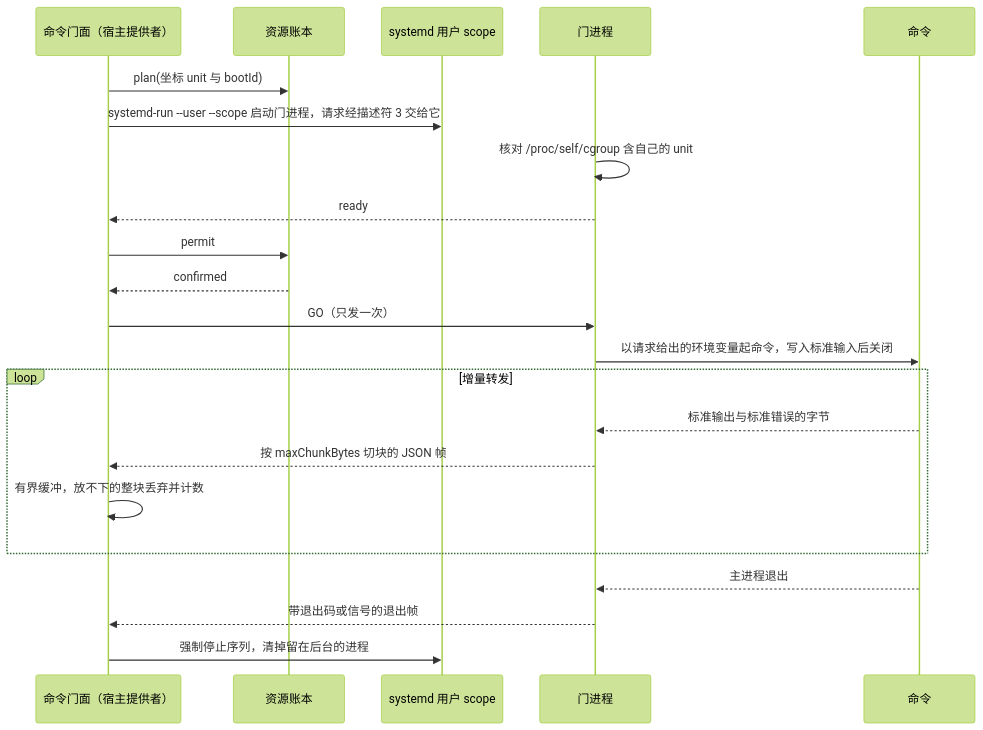
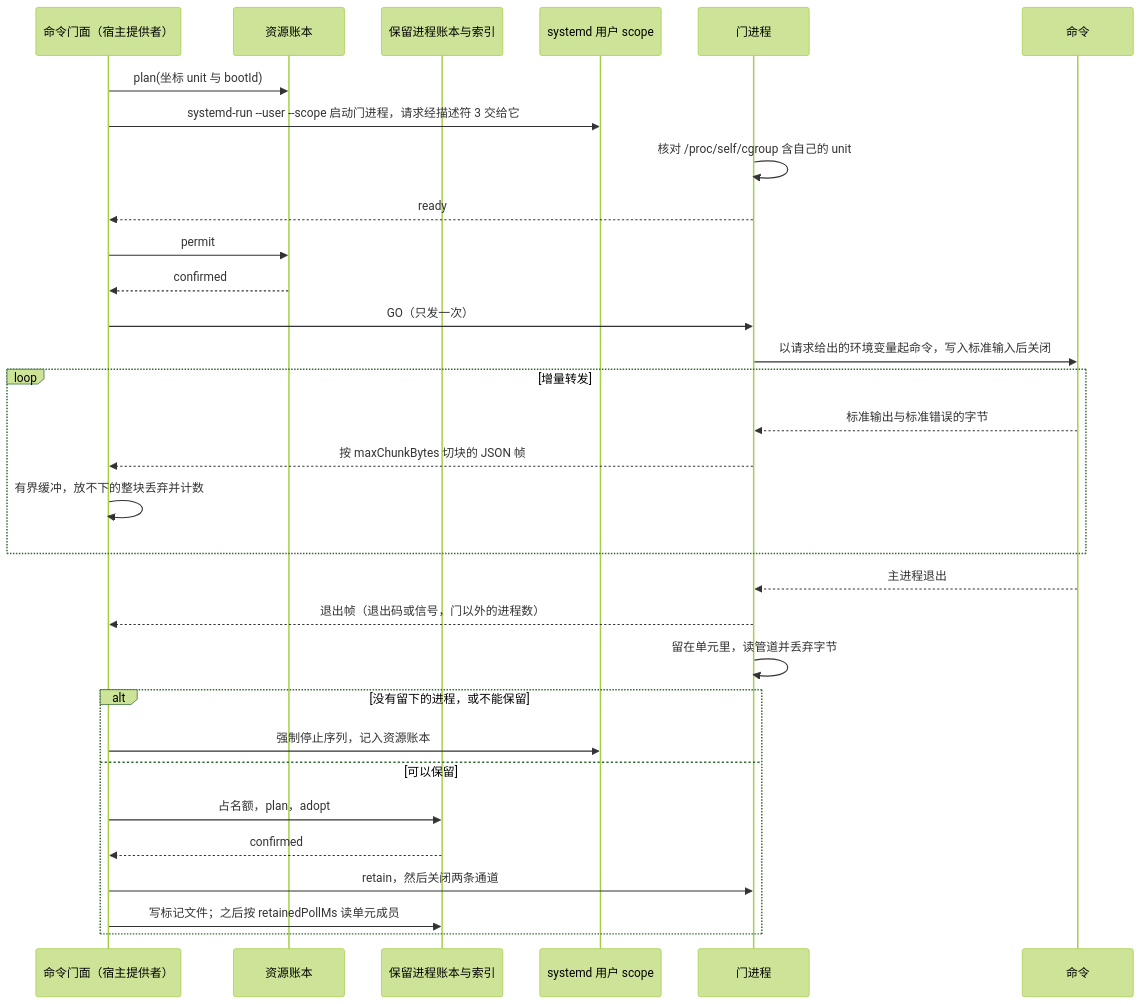
Before and after one commit to nemori-ai/omne-harness-lite: the fourth of 5 diagrams in packages/execution/execution-environment-host-local/docs/flows.md, drawn with Mermaid (forest theme). The commit also changed other lines of this file and 6 other files, not shown here.

````diff
--- a/packages/execution/execution-environment-host-local/docs/flows.md
+++ b/packages/execution/execution-environment-host-local/docs/flows.md
@@ -122,24 +122,33 @@
 ```mermaid
 sequenceDiagram
   participant M as 命令门面（宿主提供者）
   participant R as 资源账本
+  participant K as 保留进程账本与索引
   participant S as systemd 用户 scope
   participant G as 门进程
   participant T as 命令
   M->>R: plan(坐标 unit 与 bootId)
   M->>S: systemd-run --user --scope 启动门进程，请求经描述符 3 交给它
   G->>G: 核对 /proc/self/cgroup 含自己的 unit
   G-->>M: ready
   M->>R: permit
   R-->>M: confirmed
   M->>G: GO（只发一次）
   G->>T: 以请求给出的环境变量起命令，写入标准输入后关闭
   loop 增量转发
     T-->>G: 标准输出与标准错误的字节
     G-->>M: 按 maxChunkBytes 切块的 JSON 帧
     M->>M: 有界缓冲，放不下的整块丢弃并计数
   end
   T-->>G: 主进程退出
-  G-->>M: 带退出码或信号的退出帧
-  M->>S: 强制停止序列，清掉留在后台的进程
+  G-->>M: 退出帧（退出码或信号，门以外的进程数）
+  G->>G: 留在单元里，读管道并丢弃字节
+  alt 没有留下的进程，或不能保留
+    M->>S: 强制停止序列，记入资源账本
+  else 可以保留
+    M->>K: 占名额，plan，adopt
+    K-->>M: confirmed
+    M->>G: retain，然后关闭两条通道
+    M->>K: 写标记文件；之后按 retainedPollMs 读单元成员
+  end
 ```
````
